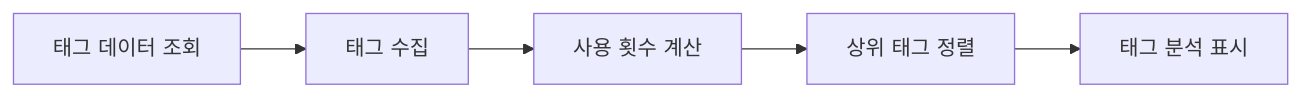
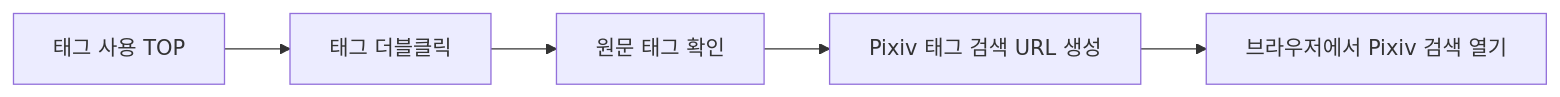
One commit to PKT0623/PixivLocalManager changed diagram 24 of 44 in docs/03_SYSTEM_FLOW.md. Above: the diagram before and after it, drawn with Mermaid. The commit also changed other lines of this file and 10 other files, not shown here.

Commit message:
docs: update V2 completion status and V3 roadmap

````diff
--- a/docs/03_SYSTEM_FLOW.md
+++ b/docs/03_SYSTEM_FLOW.md
@@ -575,12 +611,10 @@
-```mermaid 
+```mermaid
 flowchart LR
 
-A[태그 데이터 조회]
+A[태그 사용 TOP]
 
-A --> B[태그 수집]
-B --> C[사용 횟수 계산]
-
-C --> D[상위 태그 정렬]
-
-D --> E[태그 분석 표시]
+A --> B[태그 더블클릭]
+B --> C[원문 태그 확인]
+C --> D[Pixiv 태그 검색 URL 생성]
+D --> E[브라우저에서 Pixiv 검색 열기]
 ```
````
